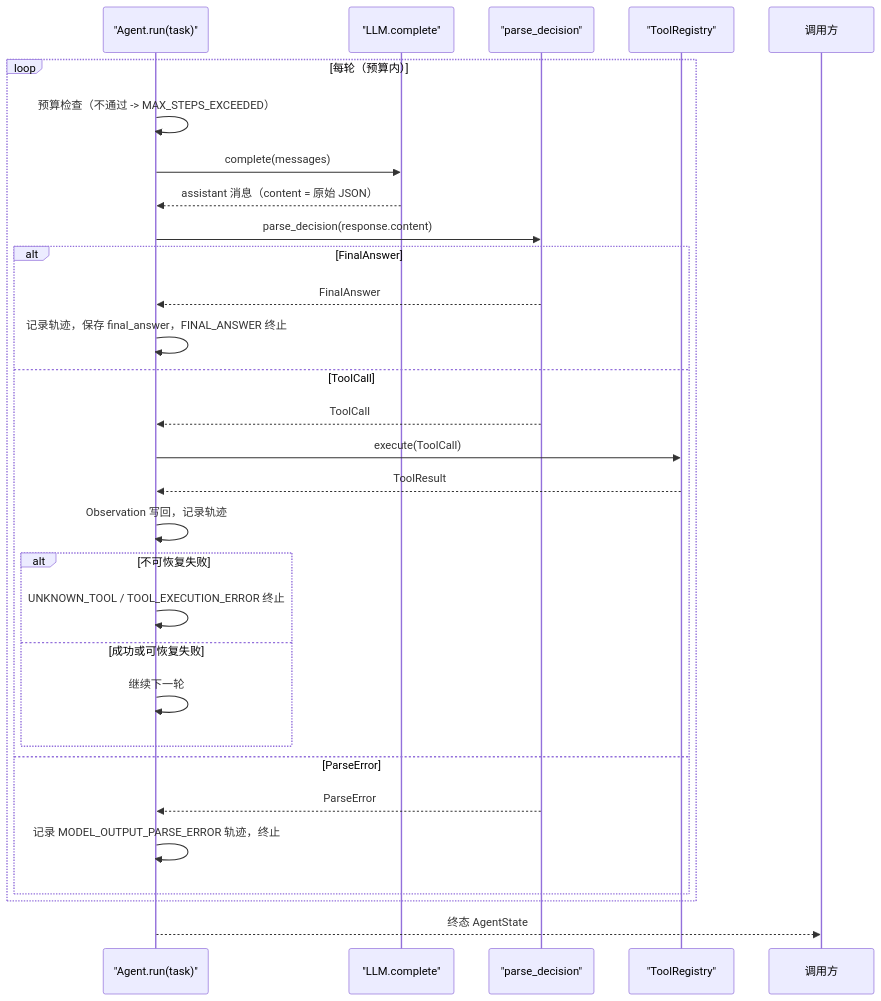
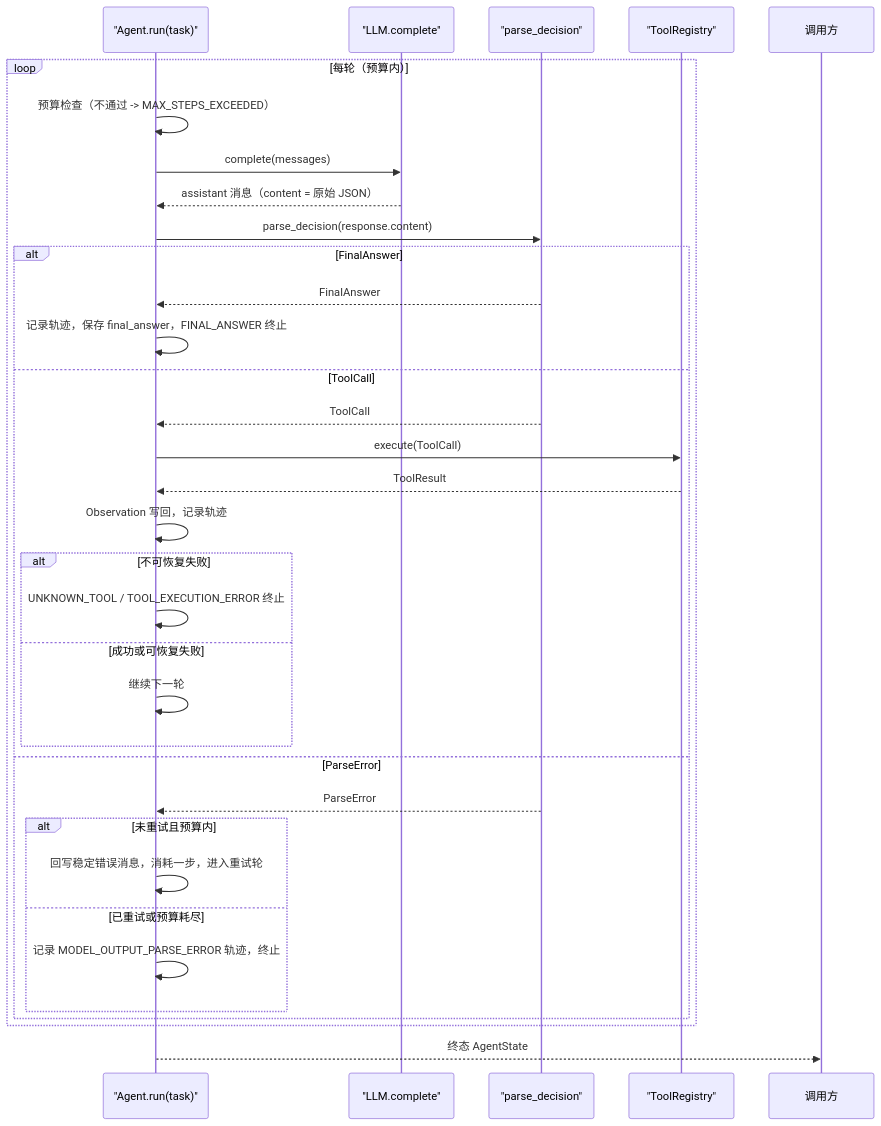
One commit to fufufu11/Self-ReAct changed the third of 3 diagrams in docs/architecture/day-12-agent-loop-code-walkthrough.md. Above: the diagram before and after it, drawn with Mermaid. The commit also changed other lines of this file and 5 other files, not shown here.

````diff
--- a/docs/architecture/day-12-agent-loop-code-walkthrough.md
+++ b/docs/architecture/day-12-agent-loop-code-walkthrough.md
@@ -427,31 +456,35 @@
 ```mermaid
 sequenceDiagram
     participant C as "Agent.run(task)"
     participant LLM as "LLM.complete"
     participant P as "parse_decision"
     participant R as "ToolRegistry"
     loop 每轮（预算内）
         C->>C: 预算检查（不通过 -> MAX_STEPS_EXCEEDED）
         C->>LLM: complete(messages)
         LLM-->>C: assistant 消息（content = 原始 JSON）
         C->>P: parse_decision(response.content)
         alt FinalAnswer
             P-->>C: FinalAnswer
             C->>C: 记录轨迹，保存 final_answer，FINAL_ANSWER 终止
         else ToolCall
             P-->>C: ToolCall
             C->>R: execute(ToolCall)
             R-->>C: ToolResult
             C->>C: Observation 写回，记录轨迹
             alt 不可恢复失败
                 C->>C: UNKNOWN_TOOL / TOOL_EXECUTION_ERROR 终止
             else 成功或可恢复失败
                 C->>C: 继续下一轮
             end
         else ParseError
             P-->>C: ParseError
-            C->>C: 记录 MODEL_OUTPUT_PARSE_ERROR 轨迹，终止
+            alt 未重试且预算内
+                C->>C: 回写稳定错误消息，消耗一步，进入重试轮
+            else 已重试或预算耗尽
+                C->>C: 记录 MODEL_OUTPUT_PARSE_ERROR 轨迹，终止
+            end
         end
     end
     C-->>调用方: 终态 AgentState
 ```
````
